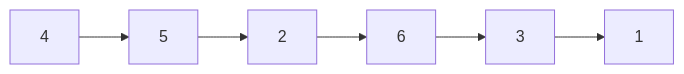
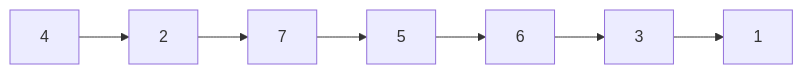
The fourth of 4 diagrams in C++/Binary Tree/Binary Tree visualize.md (ilksh/Algorithm-template), drawn with Mermaid before and after one commit. The commit also changed other lines of this file, not shown here.

````diff
--- a/C++/Binary Tree/Binary Tree visualize.md
+++ b/C++/Binary Tree/Binary Tree visualize.md
@@ -26,4 +32,4 @@
 ```mermaid
 graph LR;
-  4-->5-->2-->6-->3-->1;
+  4-->2-->7-->5-->6-->3-->1;
 ```
````
